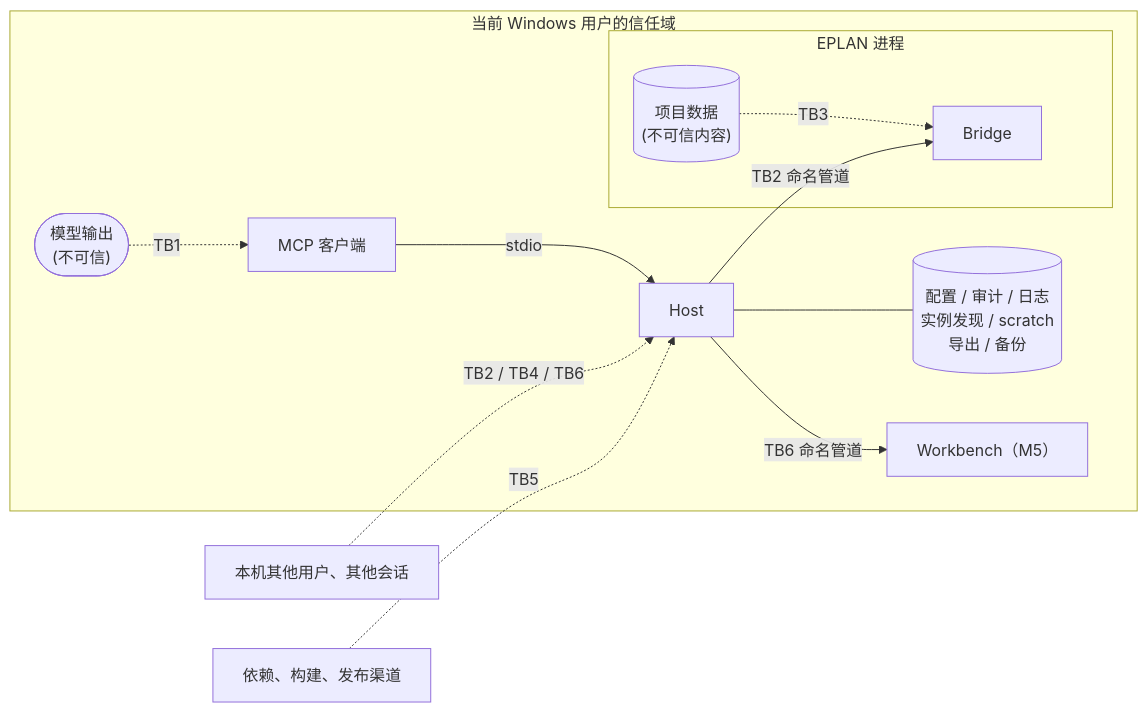
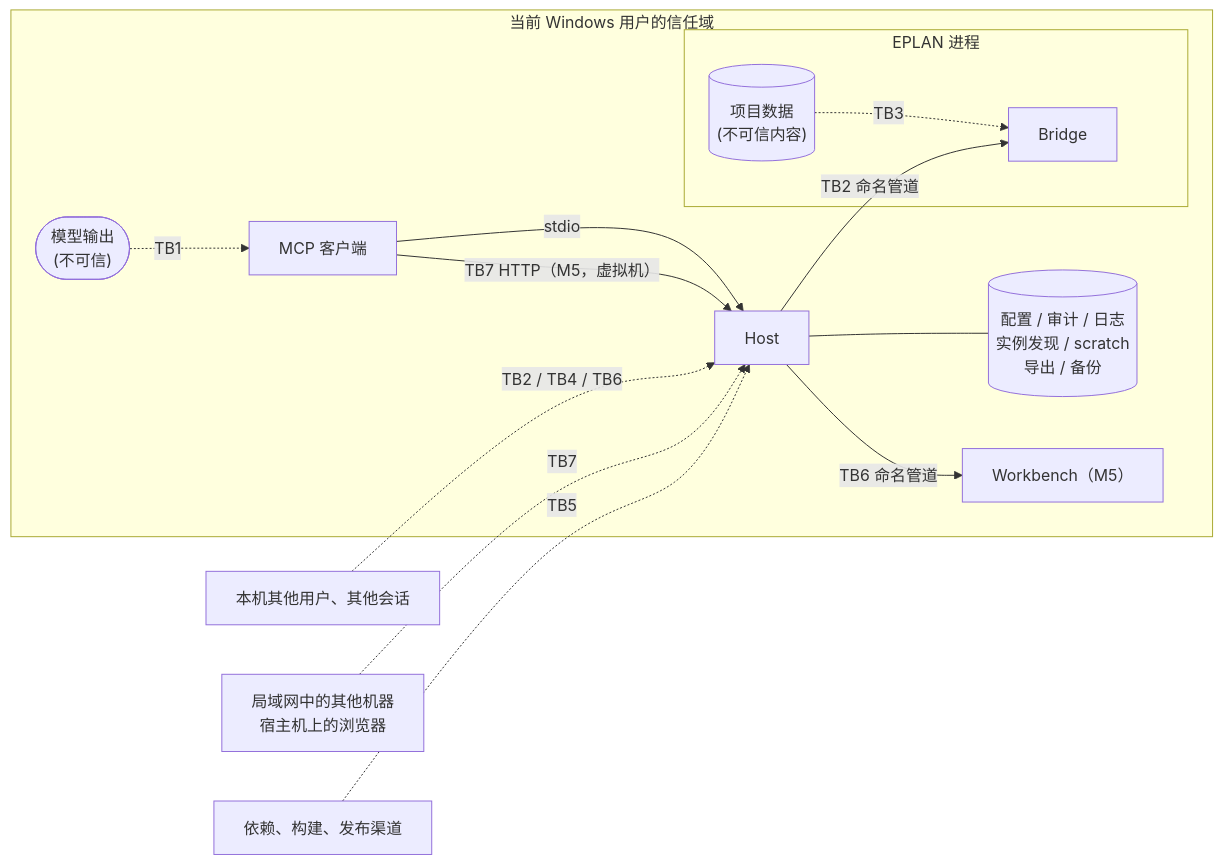
The diagram in docs/standards/security.md (asckye/eplan-mcp), drawn with Mermaid before and after one commit. The commit also changed other lines of this file and 3 other files, not shown here.

````diff
--- a/docs/standards/security.md
+++ b/docs/standards/security.md
@@ -22,24 +22,27 @@
 ```mermaid
 flowchart LR
     subgraph user["当前 Windows 用户的信任域"]
         model(["模型输出<br/>(不可信)"])
         client["MCP 客户端"]
         host["Host"]
         wb["Workbench（M5）"]
         files[("配置 / 审计 / 日志<br/>实例发现 / scratch<br/>导出 / 备份")]
         subgraph eplan["EPLAN 进程"]
             bridge["Bridge"]
             data[("项目数据<br/>(不可信内容)")]
         end
     end
     other["本机其他用户、其他会话"]
+    lan["局域网中的其他机器<br/>宿主机上的浏览器"]
     supply["依赖、构建、发布渠道"]
 
     model -. TB1 .-> client -- stdio --> host
+    client -- "TB7 HTTP（M5，虚拟机）" --> host
+    lan -. "TB7" .-> host
     host -- "TB2 命名管道" --> bridge
     data -. "TB3" .-> bridge
     host --- files
     host -- "TB6 命名管道" --> wb
     other -. "TB2 / TB4 / TB6" .-> host
     supply -. "TB5" .-> host
 ```
````
